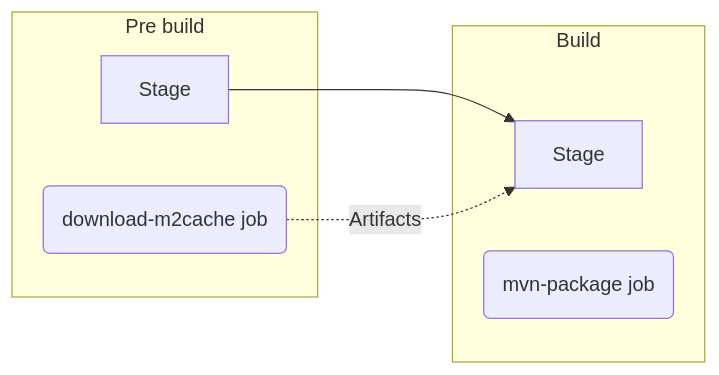
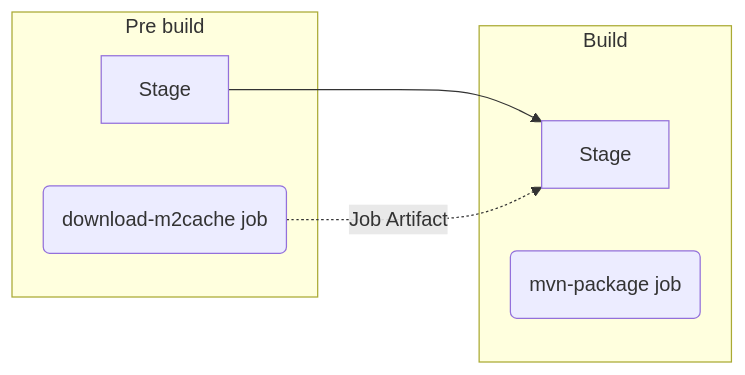
Before and after one commit to doremansunio/doremansunio1_project-a: the diagram in labs/ja/lab2/README.md, drawn with Mermaid. The commit also changed other lines of this file and 14 other files, not shown here.

````diff
--- a/labs/ja/lab2/README.md
+++ b/labs/ja/lab2/README.md
@@ -12,12 +12,12 @@
 ```mermaid
 graph LR
     subgraph "Pre build"
         pre-build[Stage]
         download-m2cache(download-m2cache job)
     end
     subgraph "Build"
         pre-build[Stage] --> build[Stage]
-        download-m2cache(download-m2cache job) -.-> |Artifacts|build[Stage]
+        download-m2cache(download-m2cache job) -.-> |Job Artifact|build[Stage]
         mvn-package(mvn-package job) 
     end
 ```
````
